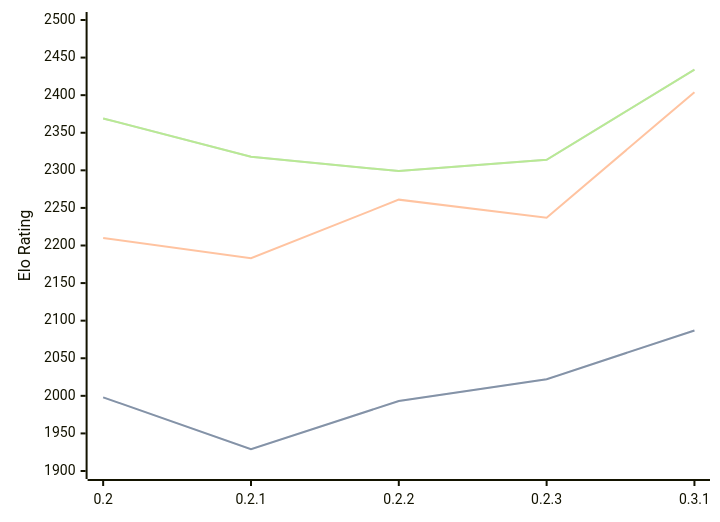
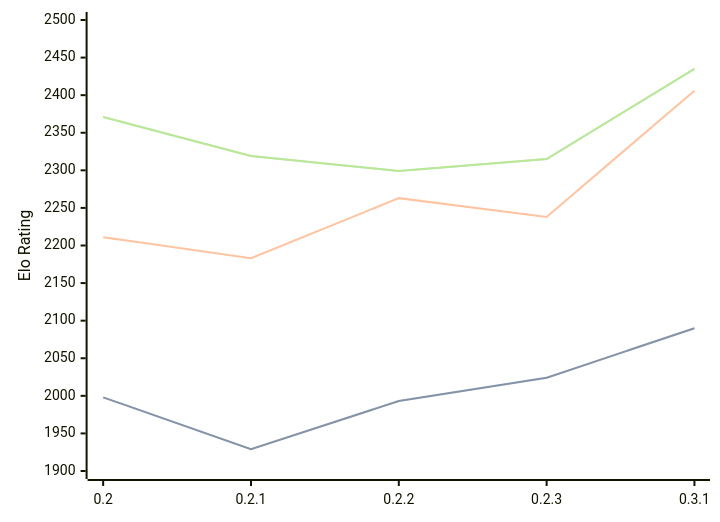
The diagram in engines/Lolbot.md (computer-chess-index/cci), drawn with Mermaid before and after one commit. The commit also changed other lines of this file, not shown here.

Commit message:
Update CCI Ratings (ELO VLTC) - 2026-09-01

````diff
--- a/engines/Lolbot.md
+++ b/engines/Lolbot.md
@@ -35,11 +35,11 @@
 ```mermaid
 %%{init: {"theme":"base","themeVariables":{"seriesColors:['#a3a3a3','#222221','#faa371']}}}%%
 xychart-beta
   x-axis ["0.2", "0.2.1", "0.2.2", "0.2.3", "0.3.1"]
   y-axis "Elo Rating" 1900 --> 2500
-  line "" [1998, 1929, 1993, 2022, 2087]
-  line "STC (8.0+0.08s)" [1998, 1929, 1993, 2022, 2087]
-  line "LTC (60.0+0.60s)" [2210, 2183, 2261, 2237, 2404]
-  line "" [2369, 2318, 2299, 2314, 2434]
-  line "VLTC (2m24s+1.12s)" [2369, 2318, 2299, 2314, 2434]
+  line "" [1998, 1929, 1993, 2024, 2090]
+  line "STC (8.0+0.08s)" [1998, 1929, 1993, 2024, 2090]
+  line "LTC (60.0+0.60s)" [2211, 2183, 2263, 2238, 2406]
+  line "" [2371, 2319, 2299, 2315, 2435]
+  line "VLTC (2m24s+1.12s)" [2371, 2319, 2299, 2315, 2435]
 ```
````
